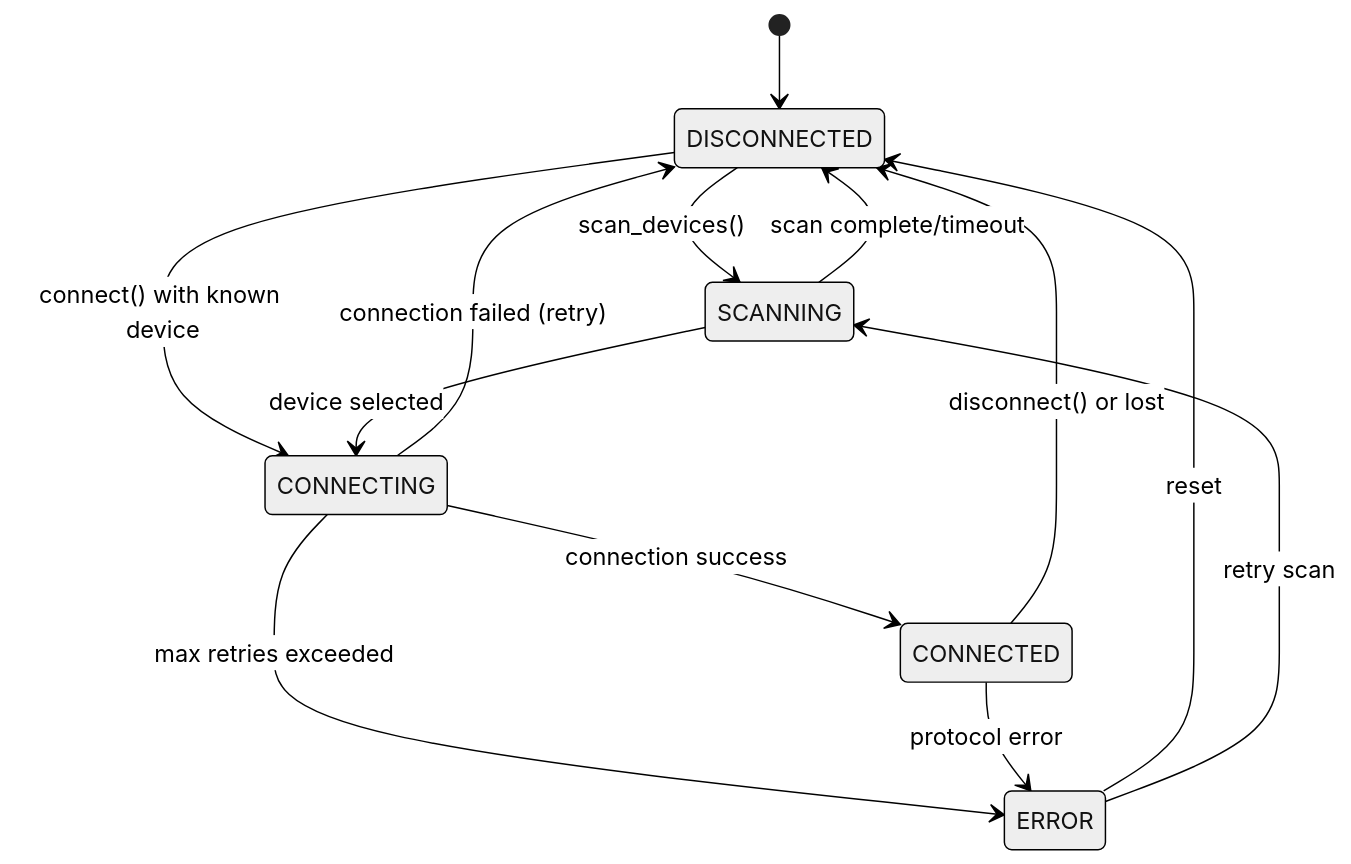
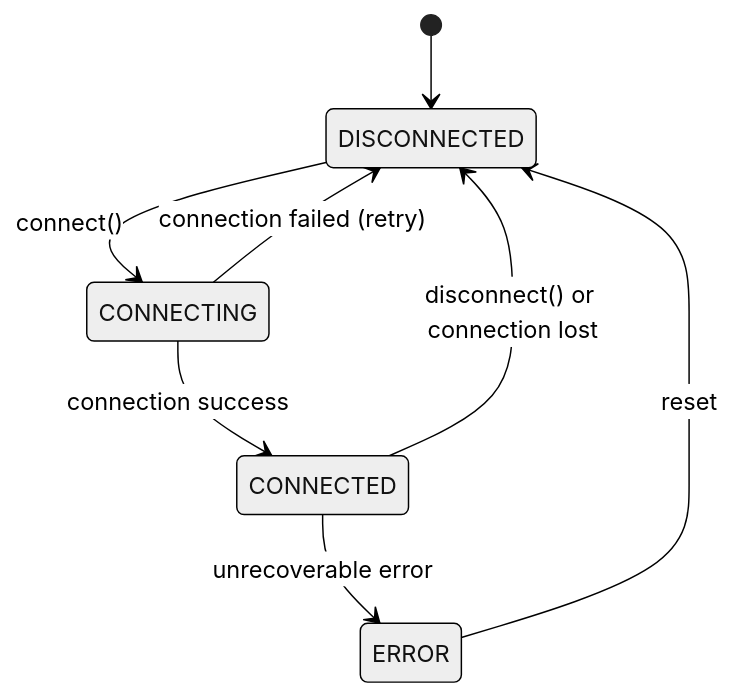
Before and after one commit to William12556/GTach: the second of 4 diagrams in workspace/design/design-7d3e9f5a-domain_comm.md, drawn with Mermaid (neutral theme). The commit also changed other lines of this file and 36 other files, not shown here.

````diff
--- a/workspace/design/design-7d3e9f5a-domain_comm.md
+++ b/workspace/design/design-7d3e9f5a-domain_comm.md
@@ -562,20 +654,11 @@
 ```mermaid
 stateDiagram-v2
     [*] --> DISCONNECTED
-    
-    DISCONNECTED --> SCANNING: scan_devices()
-    DISCONNECTED --> CONNECTING: connect() with known device
-    
-    SCANNING --> DISCONNECTED: scan complete/timeout
-    SCANNING --> CONNECTING: device selected
-    
+
+    DISCONNECTED --> CONNECTING: connect()
     CONNECTING --> CONNECTED: connection success
     CONNECTING --> DISCONNECTED: connection failed (retry)
-    CONNECTING --> ERROR: max retries exceeded
-    
-    CONNECTED --> DISCONNECTED: disconnect() or lost
-    CONNECTED --> ERROR: protocol error
-    
+    CONNECTED --> DISCONNECTED: disconnect() or connection lost
+    CONNECTED --> ERROR: unrecoverable error
     ERROR --> DISCONNECTED: reset
-    ERROR --> SCANNING: retry scan
 ```
````
